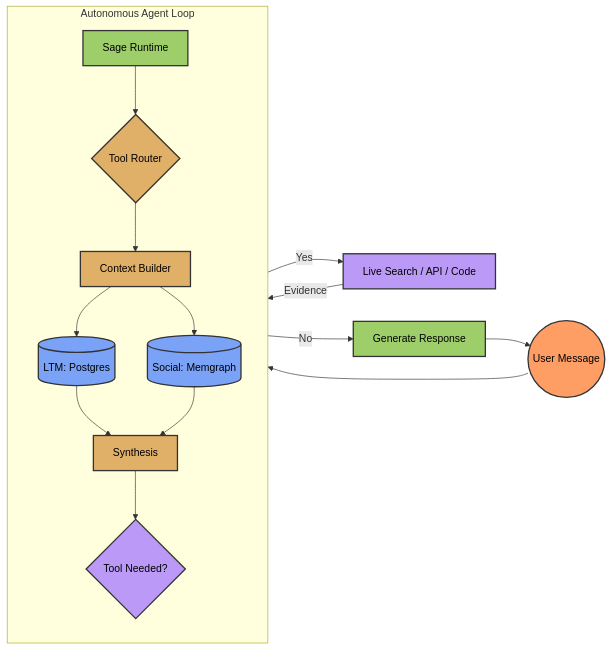
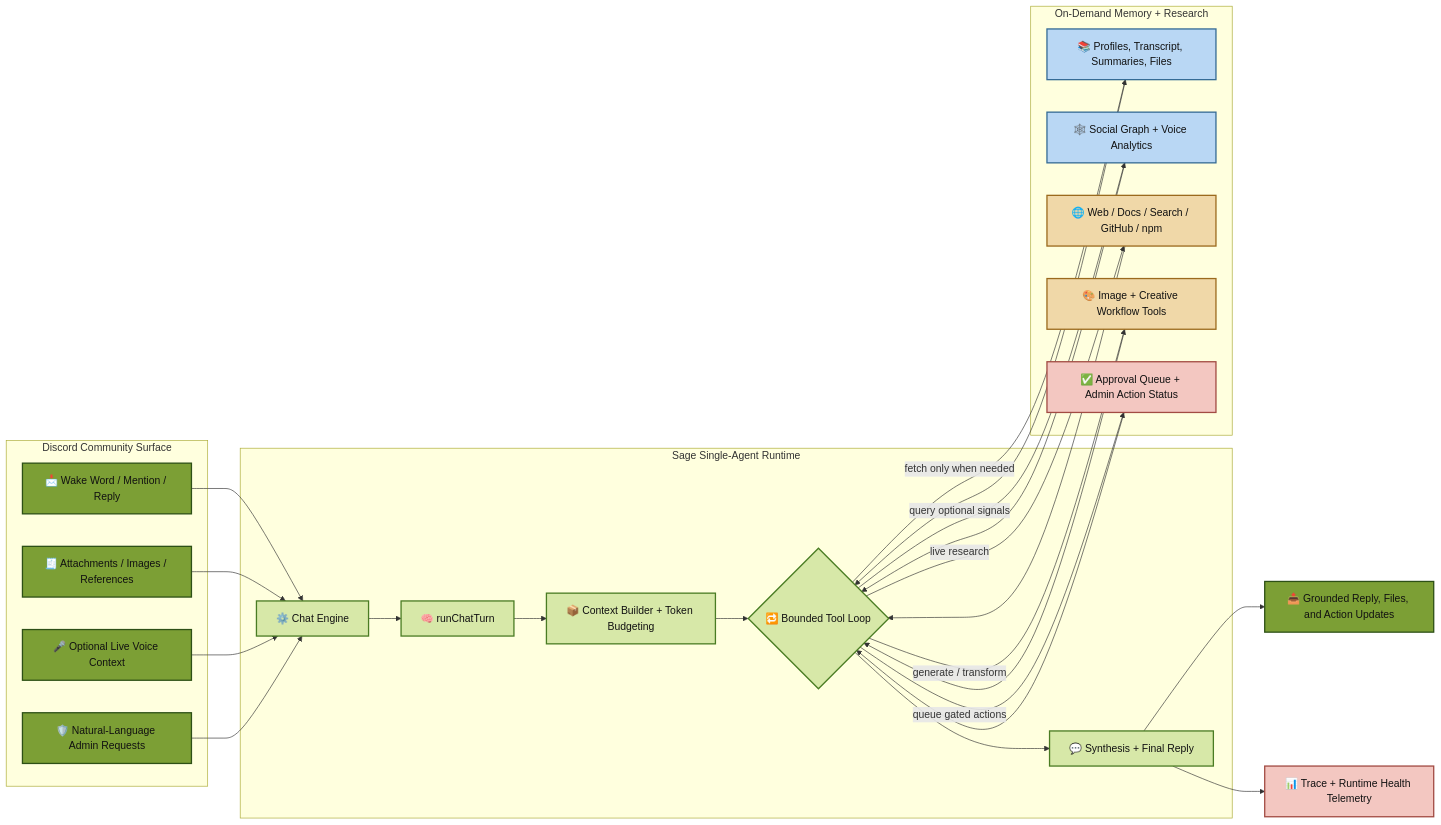
One commit to BokX1/Sage changed the first of 2 diagrams in README.md. Above: the diagram before and after it, drawn with Mermaid. The commit also changed other lines of this file, not shown here.

Commit message:
docs: enrich README architecture diagrams

````diff
--- a/README.md
+++ b/README.md
@@ -155,29 +78,50 @@
 ```mermaid
 flowchart LR
-    classDef user fill:#FF9E64,stroke:#333,stroke-width:2px,color:black
-    classDef bot fill:#9ECE6A,stroke:#333,stroke-width:2px,color:black
-    classDef memory fill:#7AA2F7,stroke:#333,stroke-width:2px,color:black
-    classDef tools fill:#BB9AF7,stroke:#333,stroke-width:2px,color:black
-    classDef runtime fill:#E0AF68,stroke:#333,stroke-width:2px,color:black
+    classDef discord fill:#7c9f35,stroke:#2d5016,stroke-width:2px,color:#111
+    classDef runtime fill:#d7e8a8,stroke:#4a7c23,stroke-width:2px,color:#111
+    classDef memory fill:#b9d7f4,stroke:#356b95,stroke-width:2px,color:#111
+    classDef tools fill:#f0d8a8,stroke:#9b6a1d,stroke-width:2px,color:#111
+    classDef ops fill:#f3c7c1,stroke:#a24b43,stroke-width:2px,color:#111
 
-    U((User Message)):::user --> B[Sage Runtime]:::bot
-    
-    subgraph Engine["Autonomous Agent Loop"]
-        direction TB
-        B --> R{"Tool Router"}:::runtime
-        R --> C[Context Builder]:::runtime
-        C --> M[(LTM: Postgres)]:::memory
-        C --> G[(Social: Memgraph)]:::memory
-        
-        M --> S[Synthesis]:::runtime
-        G --> S
-        
-        S --> T{Tool Needed?}:::tools
+    subgraph Discord["Discord Community Surface"]
+        U["📩 Wake Word / Mention / Reply"]:::discord
+        X["🧾 Attachments / Images / References"]:::discord
+        V["🎤 Optional Live Voice Context"]:::discord
+        A["🛡️ Natural-Language Admin Requests"]:::discord
     end
 
-    T -->|"Yes"| L[Live Search / API / Code]:::tools
-    L -->|"Evidence"| B
-    
-    T -->|"No"| P[Generate Response]:::bot
-    P --> U
+    subgraph Runtime["Sage Single-Agent Runtime"]
+        CE["⚙️ Chat Engine"]:::runtime
+        RT["🧠 runChatTurn"]:::runtime
+        CB["📦 Context Builder + Token Budgeting"]:::runtime
+        TL{"🔁 Bounded Tool Loop"}:::runtime
+        SY["💬 Synthesis + Final Reply"]:::runtime
+    end
+
+    subgraph Data["On-Demand Memory + Research"]
+        M["📚 Profiles, Transcript, Summaries, Files"]:::memory
+        G["🕸️ Social Graph + Voice Analytics"]:::memory
+        W["🌐 Web / Docs / Search / GitHub / npm"]:::tools
+        C["🎨 Image + Creative Workflow Tools"]:::tools
+        P["✅ Approval Queue + Admin Action Status"]:::ops
+    end
+
+    U --> CE
+    X --> CE
+    V --> CE
+    A --> CE
+    CE --> RT --> CB --> TL
+    TL -->|"fetch only when needed"| M
+    TL -->|"query optional signals"| G
+    TL -->|"live research"| W
+    TL -->|"generate / transform"| C
+    TL -->|"queue gated actions"| P
+    M --> TL
+    G --> TL
+    W --> TL
+    C --> TL
+    P --> TL
+    TL --> SY
+    SY --> R["📤 Grounded Reply, Files, and Action Updates"]:::discord
+    SY --> T["📊 Trace + Runtime Health Telemetry"]:::ops
 ```
````
